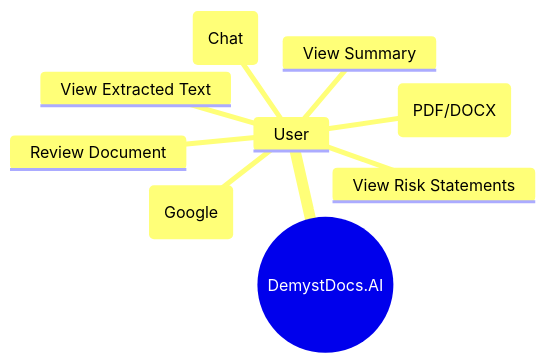
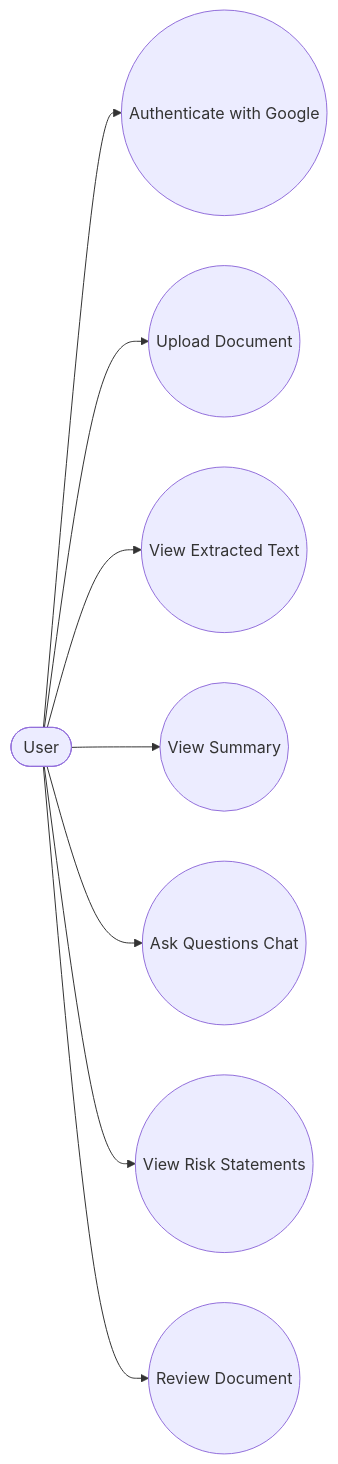
The fifth of 5 diagrams in docs/diagrams.md (RohitYadav34980/DemystDocs.AI), drawn with Mermaid before and after one commit. The commit also changed other lines of this file, not shown here.

Commit message:
docs: Update diagrams for clarity and consistency in terminology

````diff
--- a/docs/diagrams.md
+++ b/docs/diagrams.md
@@ -104,12 +104,19 @@
 ```mermaid
-mindmap
-  root((DemystDocs.AI))
-    User
-      Authenticate (Google)
-      Upload Document (PDF/DOCX)
-      View Extracted Text
-      View Summary
-      Ask Questions (Chat)
-      View Risk Statements
-      Review Document
+flowchart LR
+  user([User])
+  uc1((Authenticate with Google))
+  uc2((Upload Document))
+  uc3((View Extracted Text))
+  uc4((View Summary))
+  uc5((Ask Questions Chat))
+  uc6((View Risk Statements))
+  uc7((Review Document))
+
+  user --> uc1
+  user --> uc2
+  user --> uc3
+  user --> uc4
+  user --> uc5
+  user --> uc6
+  user --> uc7
 ```
````
